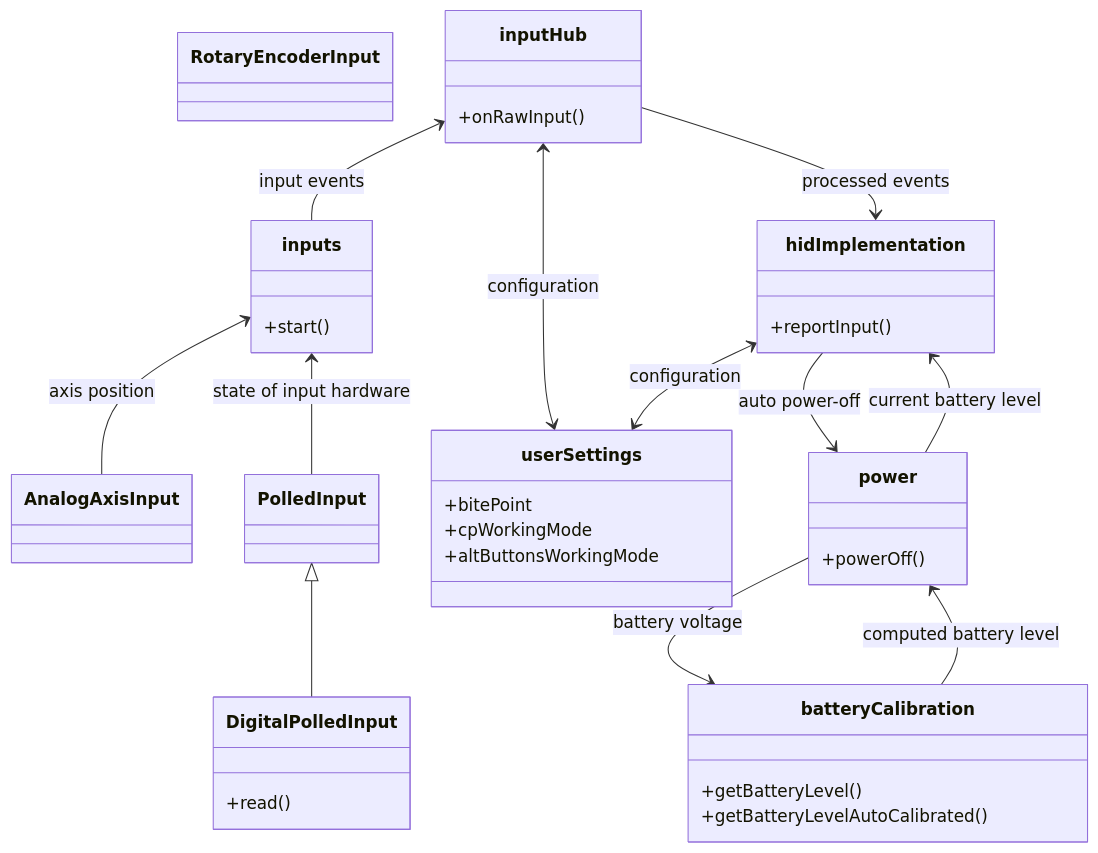
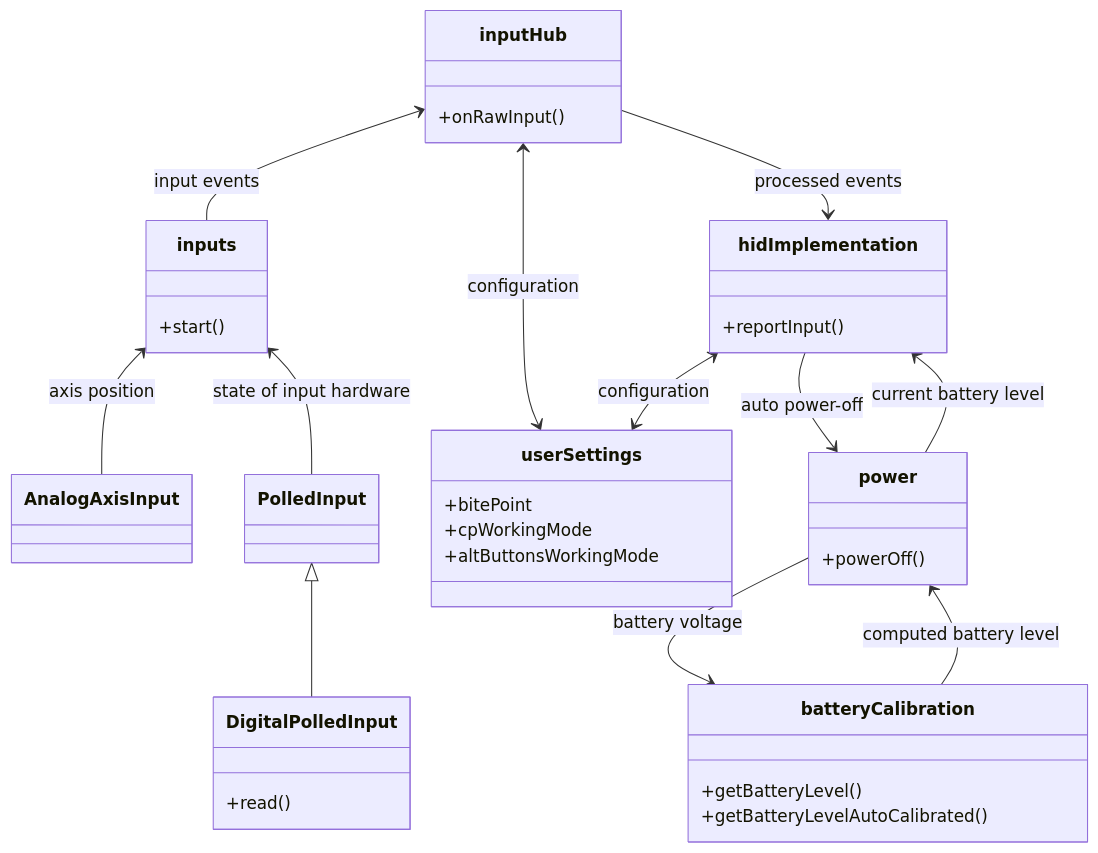
Before and after one commit to afpineda/OpenSourceSimWheelESP32: the first of 4 diagrams in doc/firmware/FirmwareArchitecture_en.md, drawn with Mermaid. The commit also changed other lines of this file, not shown here.

````diff
--- a/doc/firmware/FirmwareArchitecture_en.md
+++ b/doc/firmware/FirmwareArchitecture_en.md
@@ -61,39 +62,38 @@
 ```mermaid
 classDiagram
-    class RotaryEncoderInput
     class inputs {
       +start()
     }
     class inputHub {
       +onRawInput()
     }
     class userSettings {
       +bitePoint
       +cpWorkingMode
       +altButtonsWorkingMode
     }
     class hidImplementation {
       +reportInput()
     }
     class power {
       +powerOff()
     }
     class batteryCalibration {
       +getBatteryLevel()
       +getBatteryLevelAutoCalibrated()
     }
     class DigitalPolledInput {
       +read()
     }
     inputHub <-- inputs: input events
     inputs <-- AnalogAxisInput: axis position
     inputs <-- PolledInput: state of input hardware
     PolledInput <|-- DigitalPolledInput
     inputHub <--> userSettings: configuration
     inputHub --> hidImplementation: processed events
     hidImplementation <--> userSettings: configuration
     hidImplementation --> power: auto power-off
     hidImplementation <-- power: current battery level
     power --> batteryCalibration: battery voltage
     power <-- batteryCalibration: computed battery level
 ```
````
